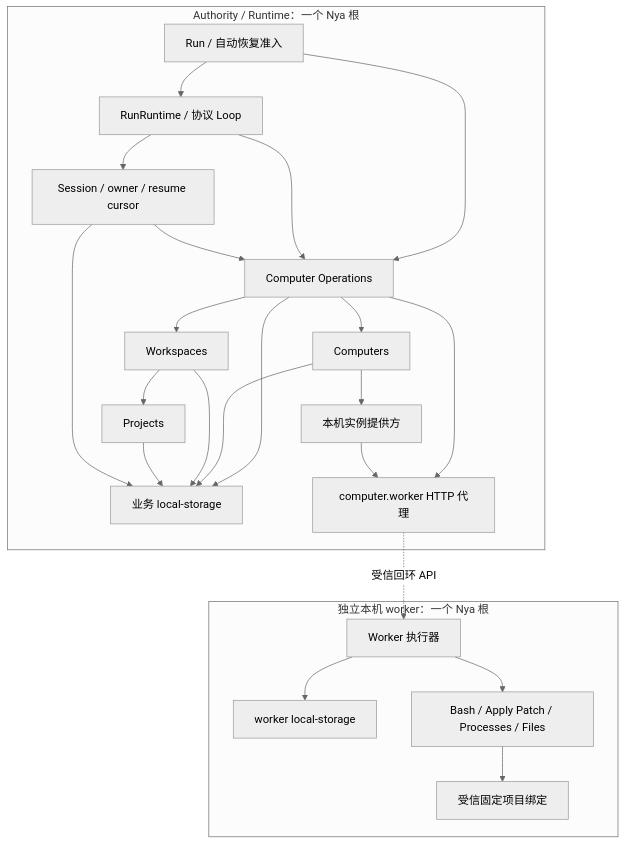
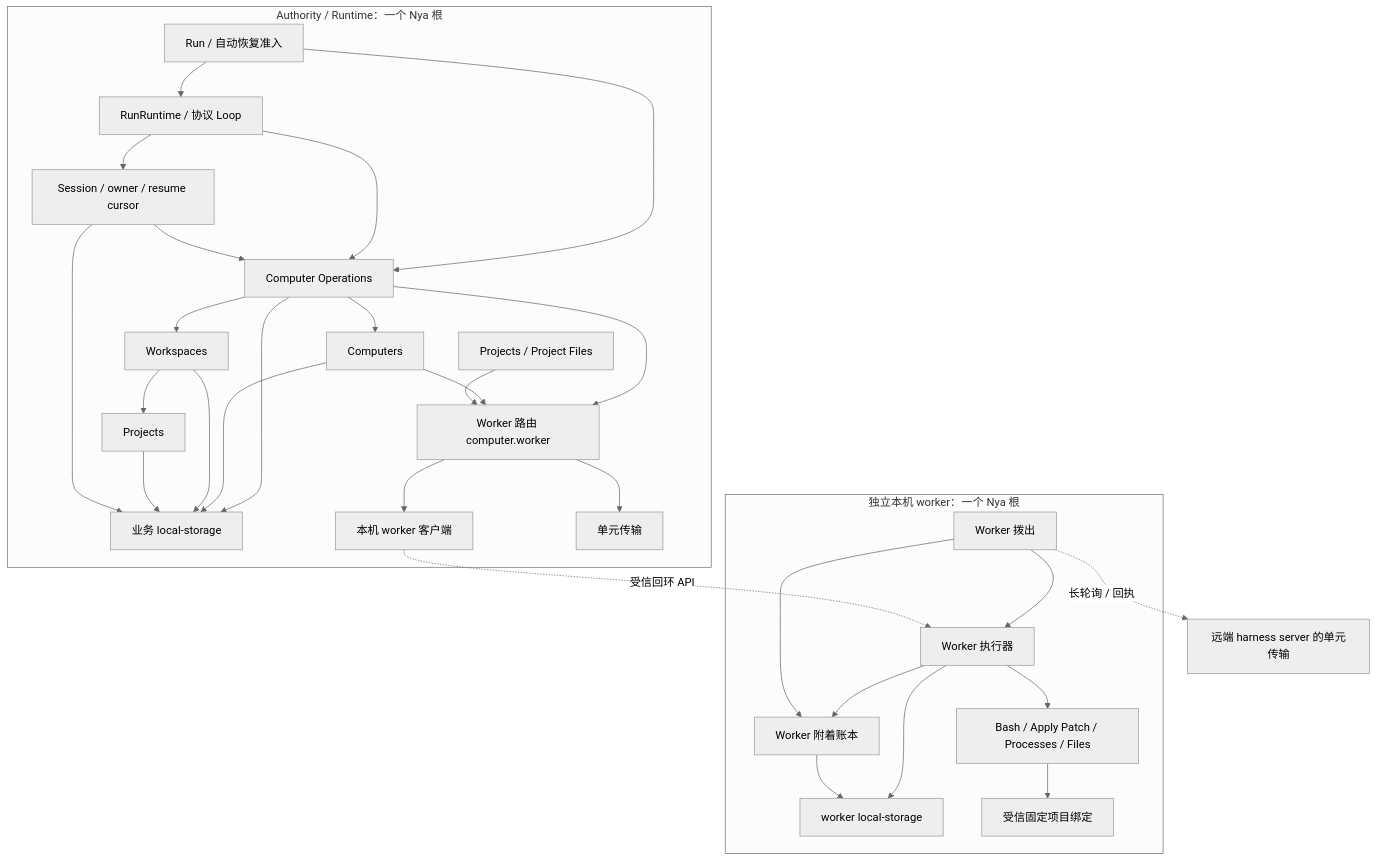
One commit to fanfan-de/AnyboxV2 changed the first of 2 diagrams in docs/modules/computers/README.md. Above: the diagram before and after it, drawn with Mermaid (neutral theme). The commit also changed other lines of this file and 116 other files, not shown here.

First line of the commit message:
feat(harness): route Computer runs through unit attachments (U1)

````diff
--- a/docs/modules/computers/README.md
+++ b/docs/modules/computers/README.md
@@ -21,27 +23,34 @@
 ```mermaid
 flowchart TD
     subgraph Authority["Authority / Runtime：一个 Nya 根"]
         Admission["Run / 自动恢复准入"] --> R
         Admission --> O
         R["RunRuntime / 协议 Loop"] --> S["Session / owner / resume cursor"]
         R --> O["Computer Operations"]
         S --> O
         O --> C["Computers"]
         O --> W["Workspaces"]
         O --> D["业务 local-storage"]
-        O --> Proxy["computer.worker HTTP 代理"]
-        C --> I["本机实例提供方"]
-        I --> Proxy
+        O --> Router["Worker 路由 computer.worker"]
+        C --> Router
+        Router --> Proxy["本机 worker 客户端"]
+        Router --> UT["单元传输"]
+        PJ["Projects / Project Files"] --> Router
         C --> D
         W --> P["Projects"]
         W --> D
         P --> D
         S --> D
     end
     subgraph Worker["独立本机 worker：一个 Nya 根"]
         E["Worker 执行器"] --> WD["worker local-storage"]
         E --> T["Bash / Apply Patch / Processes / Files"]
+        E --> WA["Worker 附着账本"]
+        DO["Worker 拨出"] --> E
+        DO --> WA
+        WA --> WD
         T --> Fixed["受信固定项目绑定"]
     end
     Proxy -.->|受信回环 API| E
+    DO -.->|长轮询 / 回执| RemoteH["远端 harness server 的单元传输"]
 ```
````
